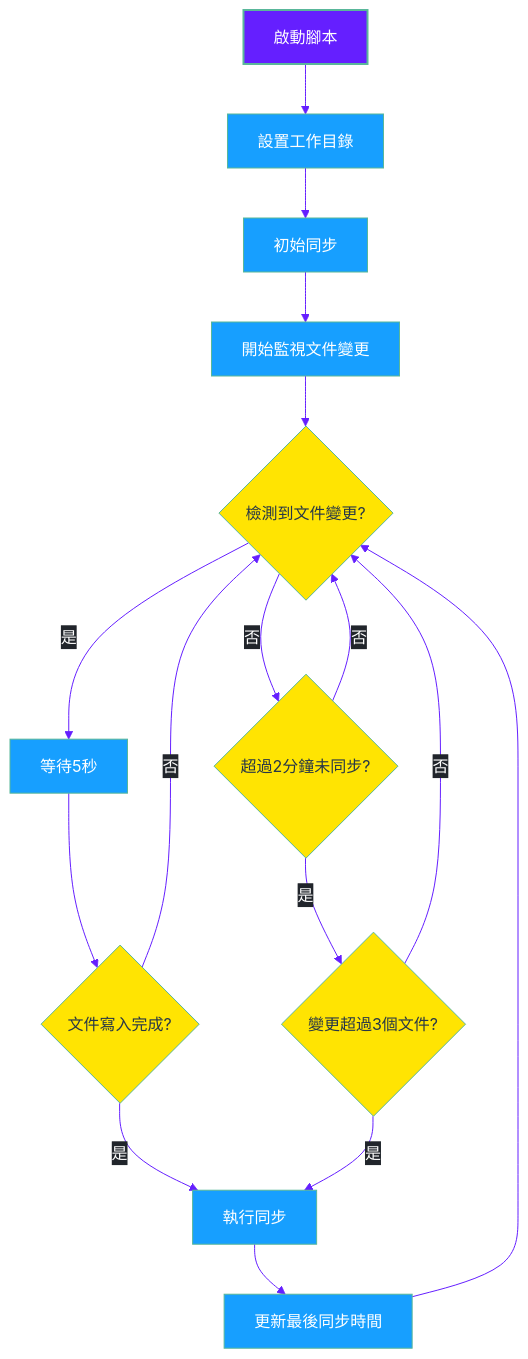
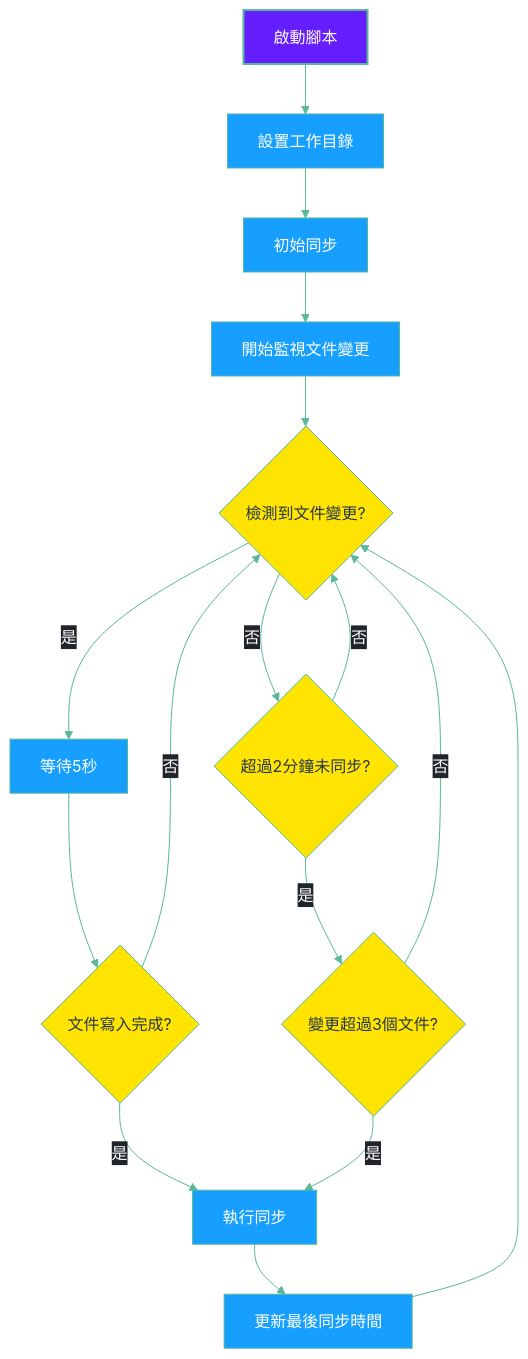
Before and after one commit to GengGeng026/Sync-Logseq: the second of 2 diagrams in Logseq同步方案演進記錄.md, drawn with Mermaid.

Commit message:
Auto-sync: Wed Mar 26 08:07:45 +08 2025

````diff
--- a/Logseq同步方案演進記錄.md
+++ b/Logseq同步方案演進記錄.md
@@ -364,52 +364,52 @@
 ```mermaid
 %%{init: {
   'theme': 'base', 
   'themeVariables': {
     'primaryColor': '#179FFF',
     'primaryTextColor': '#FFFFFF',
     'primaryBorderColor': '#179FFF',
-    'lineColor': '#651FFF',
-    'secondaryColor': '#FFE402',
+    'lineColor': '#59B79A',
+    'secondaryColor': '#651FFF',
     'tertiaryColor': '#FF7D78',
     'background': 'transparent',
     'textColor': '#FFFFFF',
     'mainBkg': '#273747',
     'nodeBorder': '#59B79A',
     'clusterBkg': 'transparent',
     'edgeLabelBackground': '#21252B'
   },
   'flowchart': {
     'curve': 'basis',
     'nodeSpacing': 50,
     'rankSpacing': 50,
     'padding': 15
   }
 }}%%
 flowchart TD
     %% 節點樣式優化
     classDef start fill:#651FFF,stroke:#59B79A,color:#FFFFFF,stroke-width:2px;
     classDef process fill:#179FFF,stroke:#59B79A,color:#FFFFFF,stroke-width:1px;
     classDef condition fill:#FFE402,stroke:#59B79A,color:#273747,stroke-width:1px,shape:diamond;
     classDef action fill:#FF7D78,stroke:#59B79A,color:#FFFFFF,stroke-width:1px;
     
     A[啟動腳本] --> B[設置工作目錄]
     B --> C[初始同步]
     C --> D[開始監視文件變更]
     D --> E{檢測到文件變更?}
     E -->|是| F[等待5秒]
     F --> G{文件寫入完成?}
     G -->|是| H[執行同步]
     G -->|否| E
     E -->|否| I{超過2分鐘未同步?}
     I -->|是| J{變更超過3個文件?}
     J -->|是| H
     J -->|否| E
     I -->|否| E
     H --> K[更新最後同步時間]
     K --> E
     
     %% 應用樣式
     class A start;
     class B,C,D,F,H,K process;
     class E,G,I,J condition;
 ```
````
